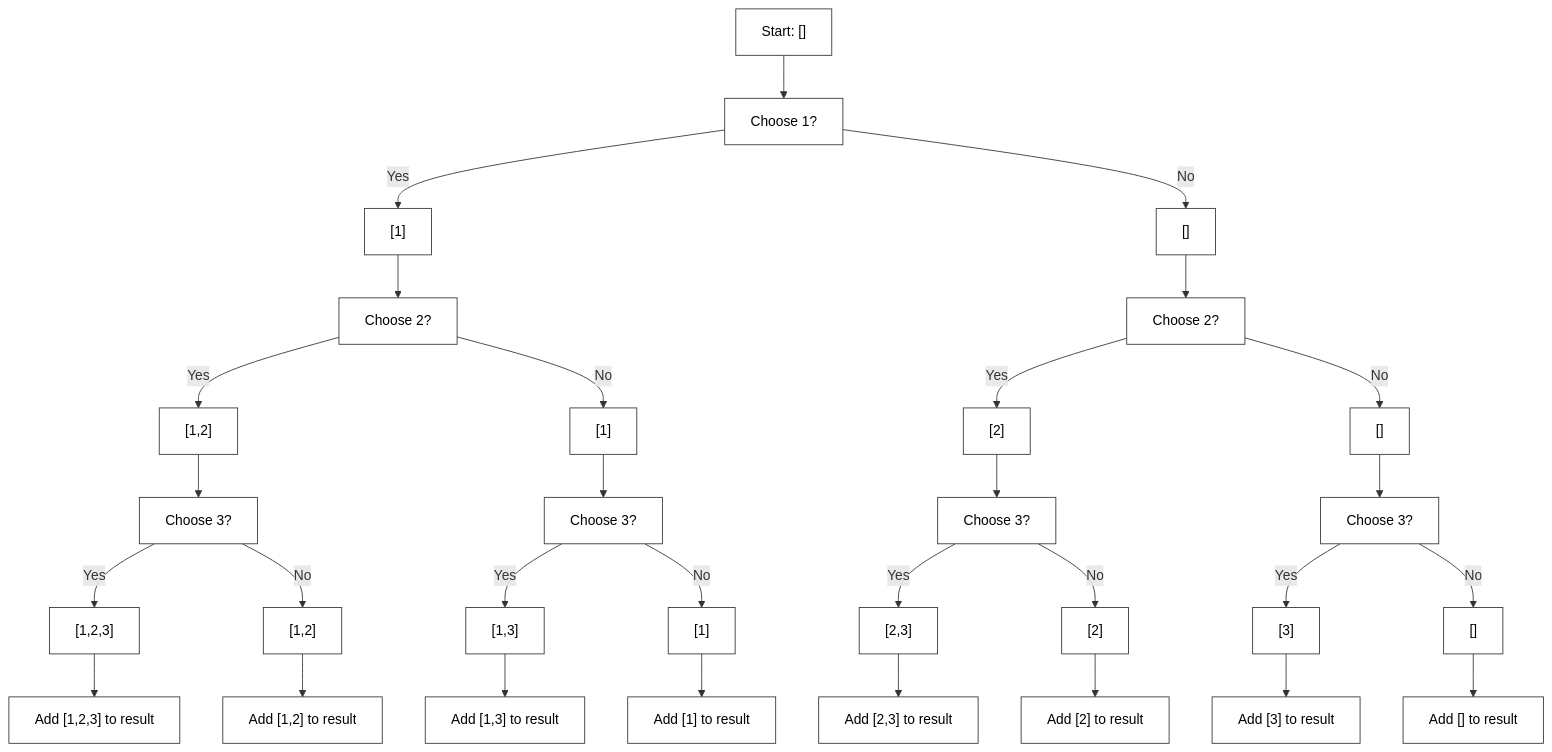
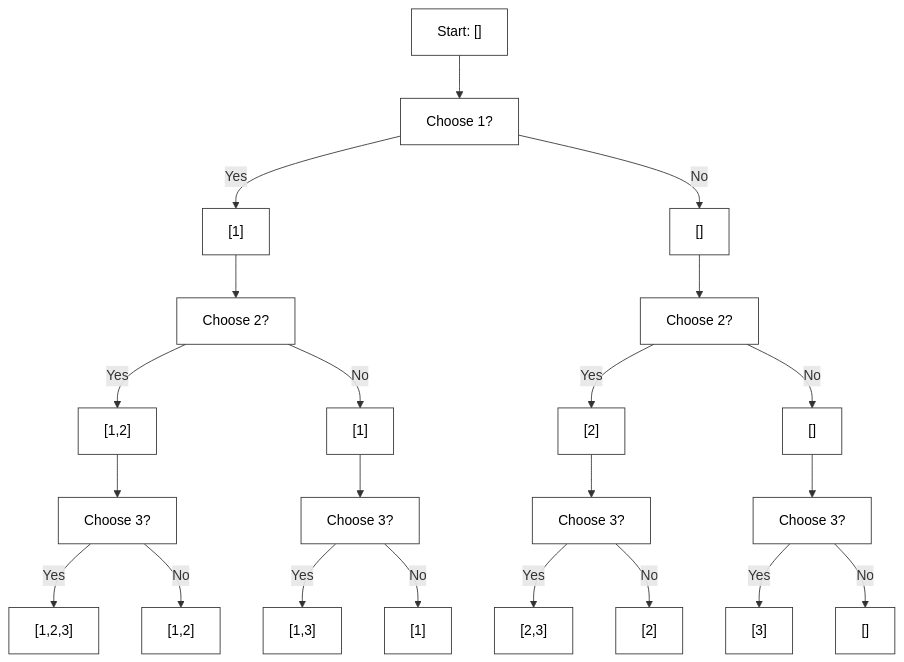
The diagram in leetcode/recursion/generate_all_subsets.mermaid (souradip2k4/DSA_in_Cpp), drawn with Mermaid before and after one commit. The commit also changed 3 other files, not shown here.

```diff
--- a/leetcode/recursion/generate_all_subsets.mermaid
+++ b/leetcode/recursion/generate_all_subsets.mermaid
@@ -1,38 +1,29 @@
 graph TD
     A["Start: []"] --> B["Choose 1?"]
 
     B -->|"Yes"| C["[1]"]
     B -->|"No"| D["[]"]
 
     C --> E["Choose 2?"]
     D --> F["Choose 2?"]
 
     E -->|"Yes"| G["[1,2]"]
     E -->|"No"| H["[1]"]
     F -->|"Yes"| I["[2]"]
     F -->|"No"| J["[]"]
 
     G --> K["Choose 3?"]
     H --> L["Choose 3?"]
     I --> M["Choose 3?"]
     J --> N["Choose 3?"]
 
     K -->|"Yes"| O["[1,2,3]"]
     K -->|"No"| P["[1,2]"]
     L -->|"Yes"| Q["[1,3]"]
     L -->|"No"| R["[1]"]
     M -->|"Yes"| S["[2,3]"]
     M -->|"No"| T["[2]"]
     N -->|"Yes"| U["[3]"]
     N -->|"No"| V["[]"]
 
-    O --> O1["Add [1,2,3] to result"]
-    P --> P1["Add [1,2] to result"]
-    Q --> Q1["Add [1,3] to result"]
-    R --> R1["Add [1] to result"]
-    S --> S1["Add [2,3] to result"]
-    T --> T1["Add [2] to result"]
-    U --> U1["Add [3] to result"]
-    V --> V1["Add [] to result"]
-
     classDef default fill:#FFFFFF,stroke:#333,stroke-width:1px,color:#000000;
```
